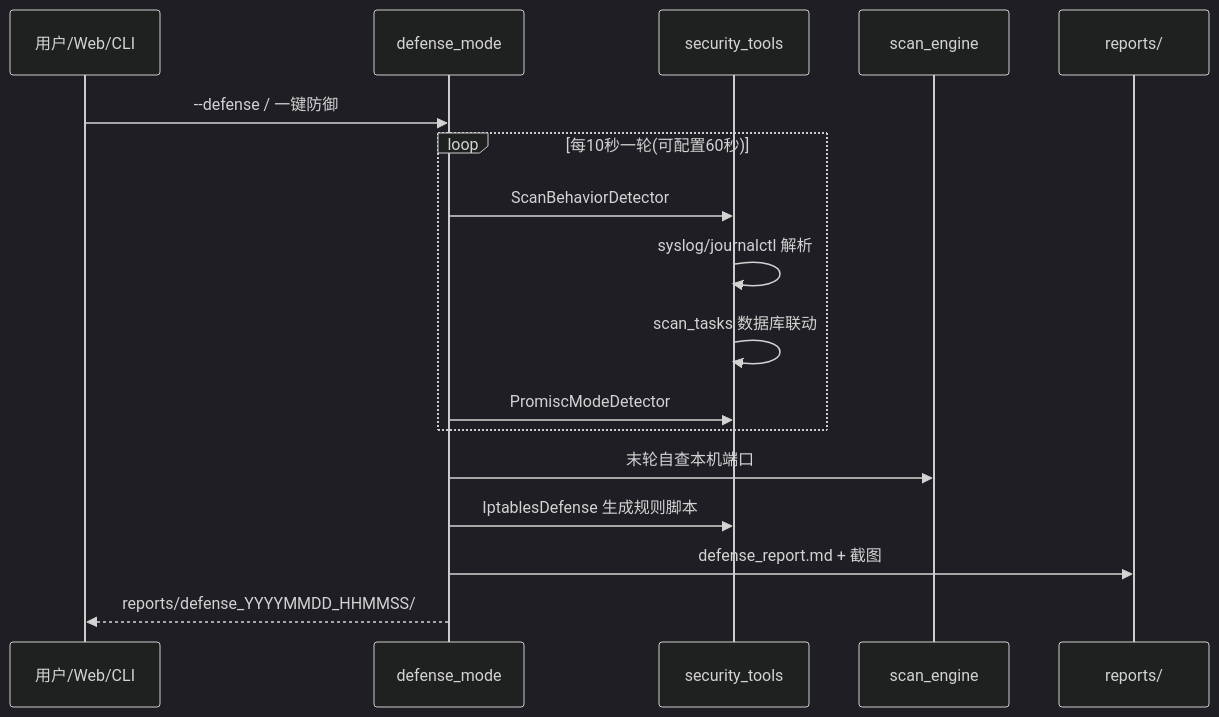
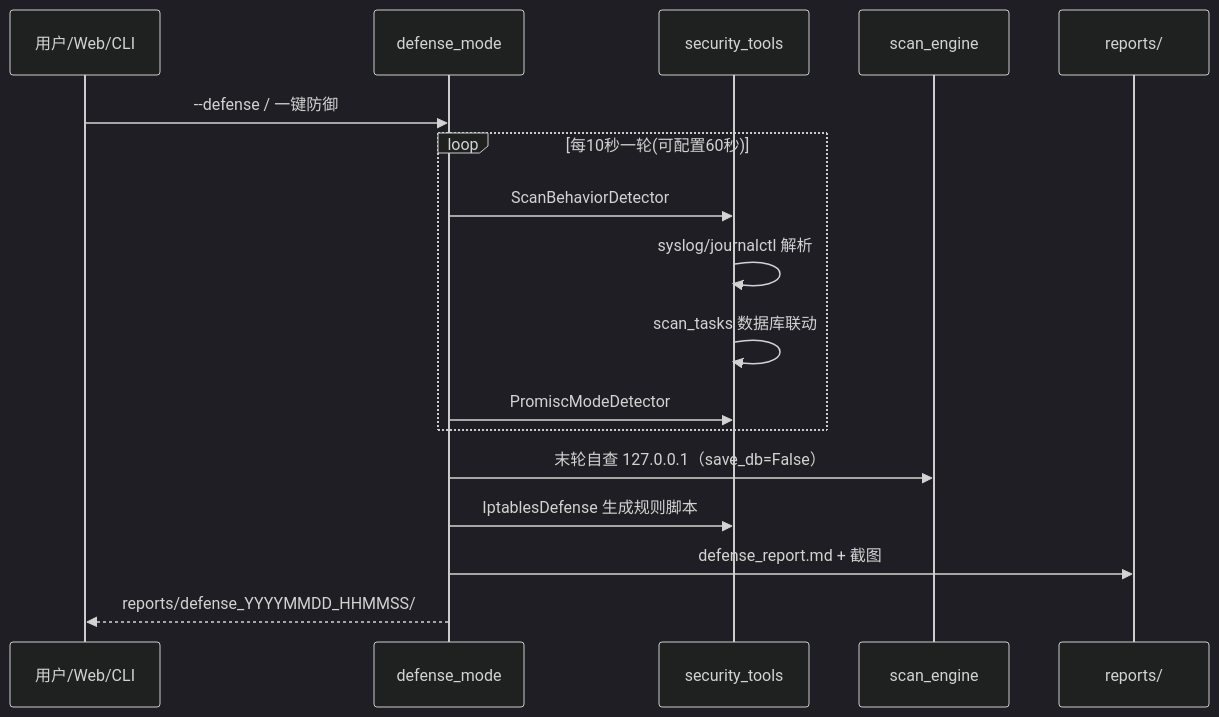
The third of 5 diagrams in InsightScan_项目说明.md (llg23456/insightscan), drawn with Mermaid (dark theme) before and after one commit. The commit also changed other lines of this file and 2 other files, not shown here.

````diff
--- a/InsightScan_项目说明.md
+++ b/InsightScan_项目说明.md
@@ -105,20 +111,20 @@
 ```mermaid
 sequenceDiagram
     participant U as 用户/Web/CLI
     participant D as defense_mode
     participant SEC as security_tools
     participant S as scan_engine
     participant R as reports/
 
     U->>D: --defense / 一键防御
     loop 每10秒一轮(可配置60秒)
         D->>SEC: ScanBehaviorDetector
         SEC->>SEC: syslog/journalctl 解析
         SEC->>SEC: scan_tasks 数据库联动
         D->>SEC: PromiscModeDetector
     end
-    D->>S: 末轮自查本机端口
+    D->>S: 末轮自查 127.0.0.1（save_db=False）
     D->>SEC: IptablesDefense 生成规则脚本
     D->>R: defense_report.md + 截图
     D-->>U: reports/defense_YYYYMMDD_HHMMSS/
 ```
````
